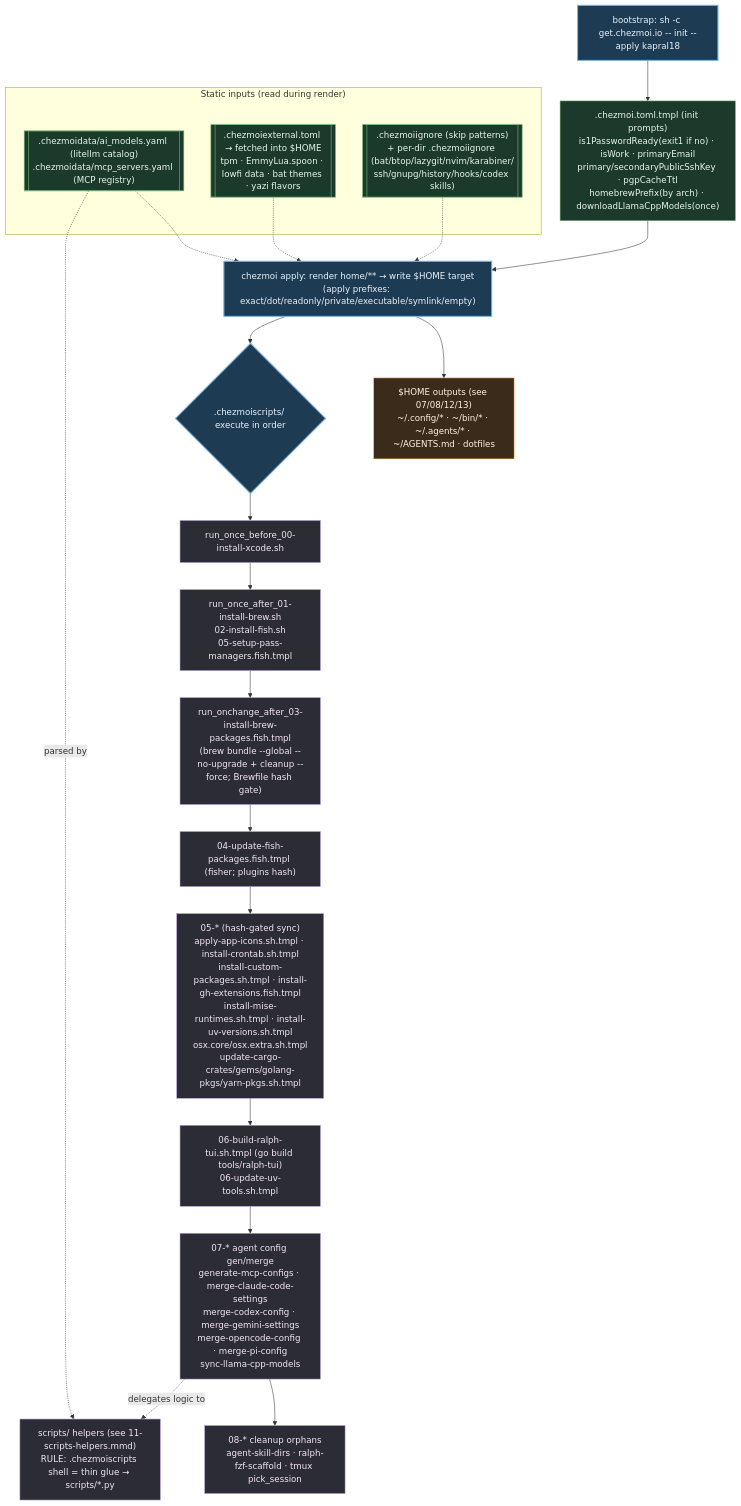
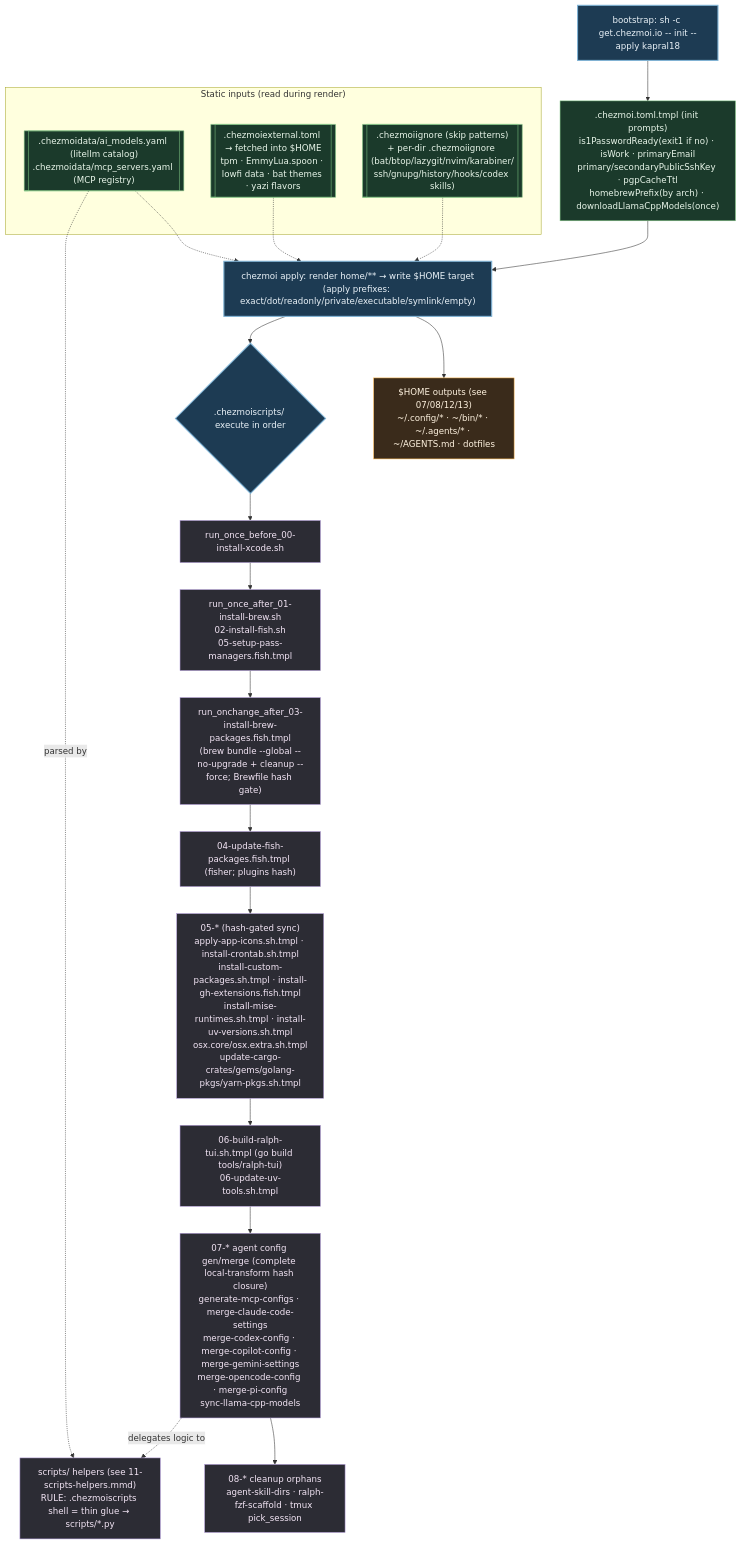
Before and after one commit to kapral18/dotfiles: the diagram in .mermaids/01-chezmoi-pipeline.mmd, drawn with Mermaid. The commit also changed 122 other files, not shown here.

```diff
--- a/.mermaids/01-chezmoi-pipeline.mmd
+++ b/.mermaids/01-chezmoi-pipeline.mmd
@@ -1,41 +1,41 @@
 %% ============================================================================
 %% 01-chezmoi-pipeline.mmd — `chezmoi apply` lifecycle. Names EVERY hook in
 %% home/.chezmoiscripts/ (31) and every config/data input. Hooks run in
 %% filename order: run_once_before < run_once_after < run_onchange_after,
 %% then numeric 00..08 within each class. *.tmpl = templated; .fish.tmpl run
 %% under fish; .sh / .sh.tmpl run under bash.
 %% ============================================================================
 flowchart TD
     classDef phase fill:#1d3b53,stroke:#7fb3d5,color:#eaf2f8,stroke-width:2px;
     classDef data fill:#1b3a2b,stroke:#81c784,color:#e8f5e9;
     classDef script fill:#2c2c34,stroke:#b39ddb,color:#f3e5f5;
     classDef out fill:#3a2b1b,stroke:#ffb74d,color:#fff3e0;
 
     BOOT["bootstrap: sh -c get.chezmoi.io -- init --apply kapral18"]:::phase
     INIT[".chezmoi.toml.tmpl (init prompts)<br/>is1PasswordReady(exit1 if no) · isWork · primaryEmail<br/>primary/secondaryPublicSshKey · pgpCacheTtl<br/>homebrewPrefix(by arch) · downloadLlamaCppModels(once)"]:::data
 
     subgraph INPUTS["Static inputs (read during render)"]
         DATA[[".chezmoidata/ai_models.yaml (litellm catalog)<br/>.chezmoidata/mcp_servers.yaml (MCP registry)"]]:::data
         EXT[[".chezmoiexternal.toml → fetched into $HOME<br/>tpm · EmmyLua.spoon · lowfi data · bat themes · yazi flavors"]]:::data
         IGN[[".chezmoiignore (skip patterns)<br/>+ per-dir .chezmoiignore (bat/btop/lazygit/nvim/karabiner/<br/>ssh/gnupg/history/hooks/codex skills)"]]:::data
     end
 
     BOOT --> INIT --> APPLY
     DATA & EXT & IGN -.-> APPLY
 
     APPLY["chezmoi apply: render home/** → write $HOME target<br/>(apply prefixes: exact/dot/readonly/private/executable/symlink/empty)"]:::phase
     APPLY --> TARGETS["$HOME outputs (see 07/08/12/13)<br/>~/.config/* · ~/bin/* · ~/.agents/* · ~/AGENTS.md · dotfiles"]:::out
 
     APPLY --> HOOKS{".chezmoiscripts/ execute in order"}:::phase
 
     HOOKS --> B0["run_once_before_00-install-xcode.sh"]:::script
     B0 --> A01["run_once_after_01-install-brew.sh<br/>02-install-fish.sh<br/>05-setup-pass-managers.fish.tmpl"]:::script
     A01 --> C03["run_onchange_after_03-install-brew-packages.fish.tmpl<br/>(brew bundle --global --no-upgrade + cleanup --force; Brewfile hash gate)"]:::script
     C03 --> C04["04-update-fish-packages.fish.tmpl (fisher; plugins hash)"]:::script
     C04 --> C05["05-* (hash-gated sync)<br/>apply-app-icons.sh.tmpl · install-crontab.sh.tmpl<br/>install-custom-packages.sh.tmpl · install-gh-extensions.fish.tmpl<br/>install-mise-runtimes.sh.tmpl · install-uv-versions.sh.tmpl<br/>osx.core/osx.extra.sh.tmpl<br/>update-cargo-crates/gems/golang-pkgs/yarn-pkgs.sh.tmpl"]:::script
     C05 --> C06["06-build-ralph-tui.sh.tmpl (go build tools/ralph-tui)<br/>06-update-uv-tools.sh.tmpl"]:::script
-    C06 --> C07["07-* agent config gen/merge<br/>generate-mcp-configs · merge-claude-code-settings<br/>merge-codex-config · merge-gemini-settings<br/>merge-opencode-config · merge-pi-config<br/>sync-llama-cpp-models"]:::script
+    C06 --> C07["07-* agent config gen/merge (complete local-transform hash closure)<br/>generate-mcp-configs · merge-claude-code-settings<br/>merge-codex-config · merge-copilot-config · merge-gemini-settings<br/>merge-opencode-config · merge-pi-config<br/>sync-llama-cpp-models"]:::script
     C07 --> C08["08-* cleanup orphans<br/>agent-skill-dirs · ralph-fzf-scaffold · tmux pick_session"]:::script
 
     C07 -. delegates logic to .-> HELP["scripts/ helpers (see 11-scripts-helpers.mmd)<br/>RULE: .chezmoiscripts shell = thin glue → scripts/*.py"]:::script
     DATA -.parsed by.-> HELP
```
